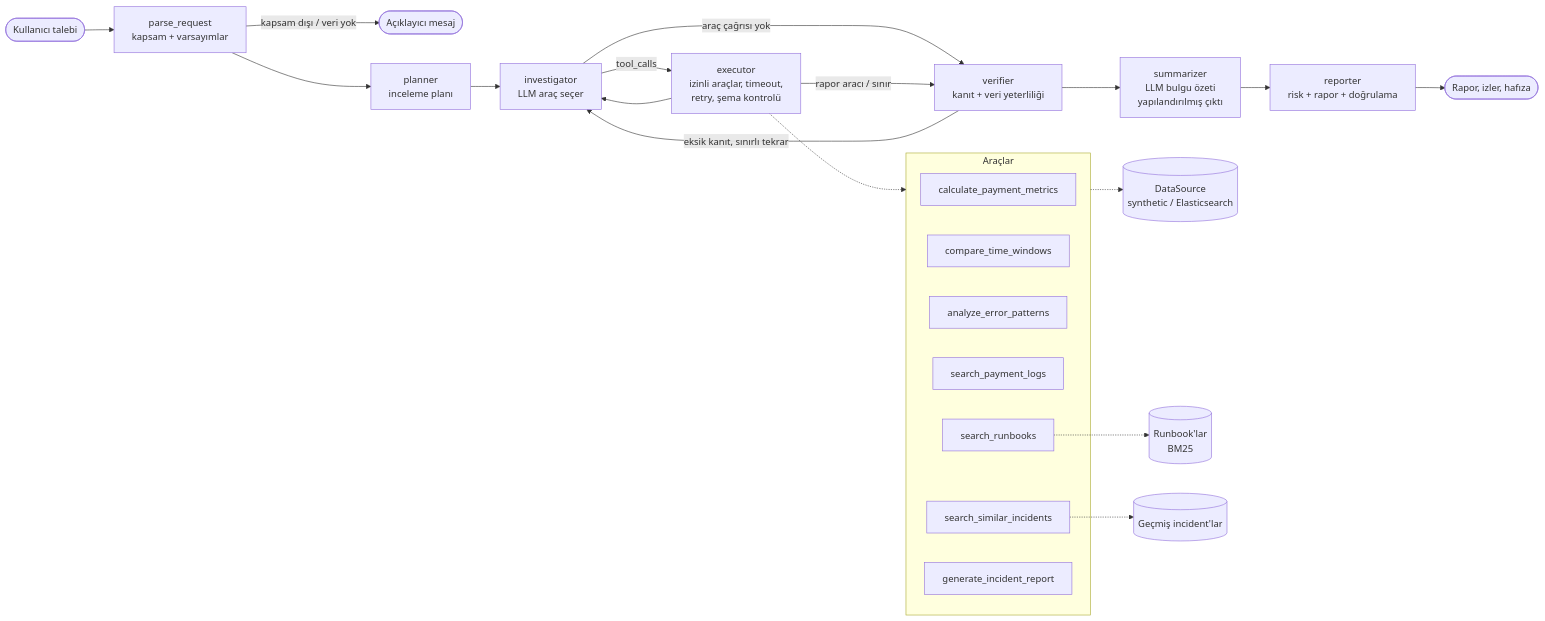
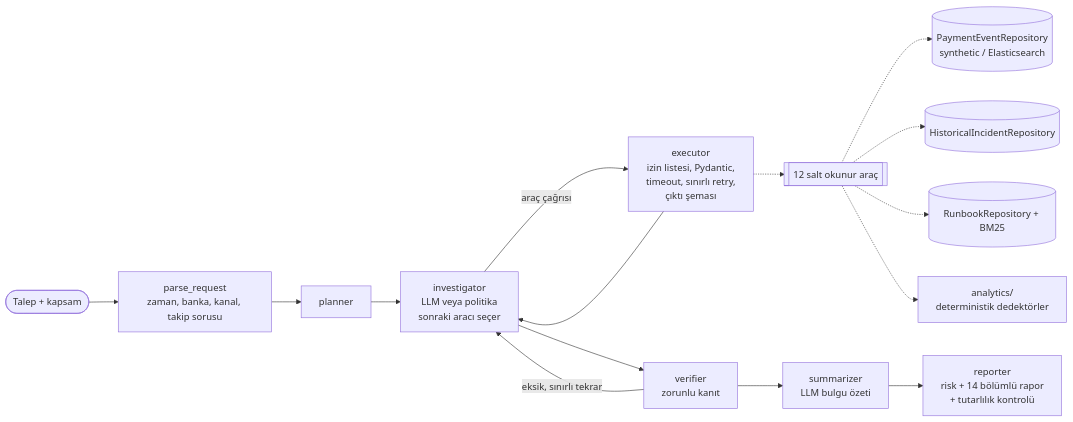
One commit to ingun/payment-sentinel changed the second of 2 diagrams in README.md. Above: the diagram before and after it, drawn with Mermaid. The commit also changed other lines of this file and 119 other files, not shown here.

````diff
--- a/README.md
+++ b/README.md
@@ -63,29 +162,17 @@
 ```mermaid
 flowchart LR
-    U([Kullanıcı talebi]) --> P[parse_request<br/>kapsam + varsayımlar]
-    P -->|kapsam dışı / veri yok| X([Açıklayıcı mesaj])
-    P --> PL[planner<br/>inceleme planı]
-    PL --> I[investigator<br/>LLM araç seçer]
-    I -->|tool_calls| E[executor<br/>izinli araçlar, timeout,<br/>retry, şema kontrolü]
+    U([Talep + kapsam]) --> P[parse_request<br/>zaman, banka, kanal, takip sorusu]
+    P --> PL[planner]
+    PL --> I[investigator<br/>LLM veya politika<br/>sonraki aracı seçer]
+    I -->|araç çağrısı| E[executor<br/>izin listesi, Pydantic,<br/>timeout, sınırlı retry,<br/>çıktı şeması]
     E --> I
-    I -->|araç çağrısı yok| V[verifier<br/>kanıt + veri yeterliliği]
-    E -->|rapor aracı / sınır| V
-    V -->|eksik kanıt, sınırlı tekrar| I
-    V --> S[summarizer<br/>LLM bulgu özeti<br/>yapılandırılmış çıktı]
-    S --> R[reporter<br/>risk + rapor + doğrulama]
-    R --> O([Rapor, izler, hafıza])
-
-    subgraph Araçlar
-      T1[calculate_payment_metrics]
-      T2[compare_time_windows]
-      T3[analyze_error_patterns]
-      T4[search_payment_logs]
-      T5[search_similar_incidents]
-      T6[search_runbooks]
-      T7[generate_incident_report]
-    end
-    E -.-> Araçlar
-    Araçlar -.-> DS[(DataSource<br/>synthetic / Elasticsearch)]
-    T6 -.-> RB[(Runbook'lar<br/>BM25)]
-    T5 -.-> INC[(Geçmiş incident'lar)]
+    I --> V[verifier<br/>zorunlu kanıt]
+    V -->|eksik, sınırlı tekrar| I
+    V --> S[summarizer<br/>LLM bulgu özeti]
+    S --> R[reporter<br/>risk + 14 bölümlü rapor<br/>+ tutarlılık kontrolü]
+    E -.-> T[[12 salt okunur araç]]
+    T -.-> PR[(PaymentEventRepository<br/>synthetic / Elasticsearch)]
+    T -.-> IR[(HistoricalIncidentRepository)]
+    T -.-> RR[(RunbookRepository + BM25)]
+    T -.-> A[analytics/<br/>deterministik dedektörler]
 ```
````
